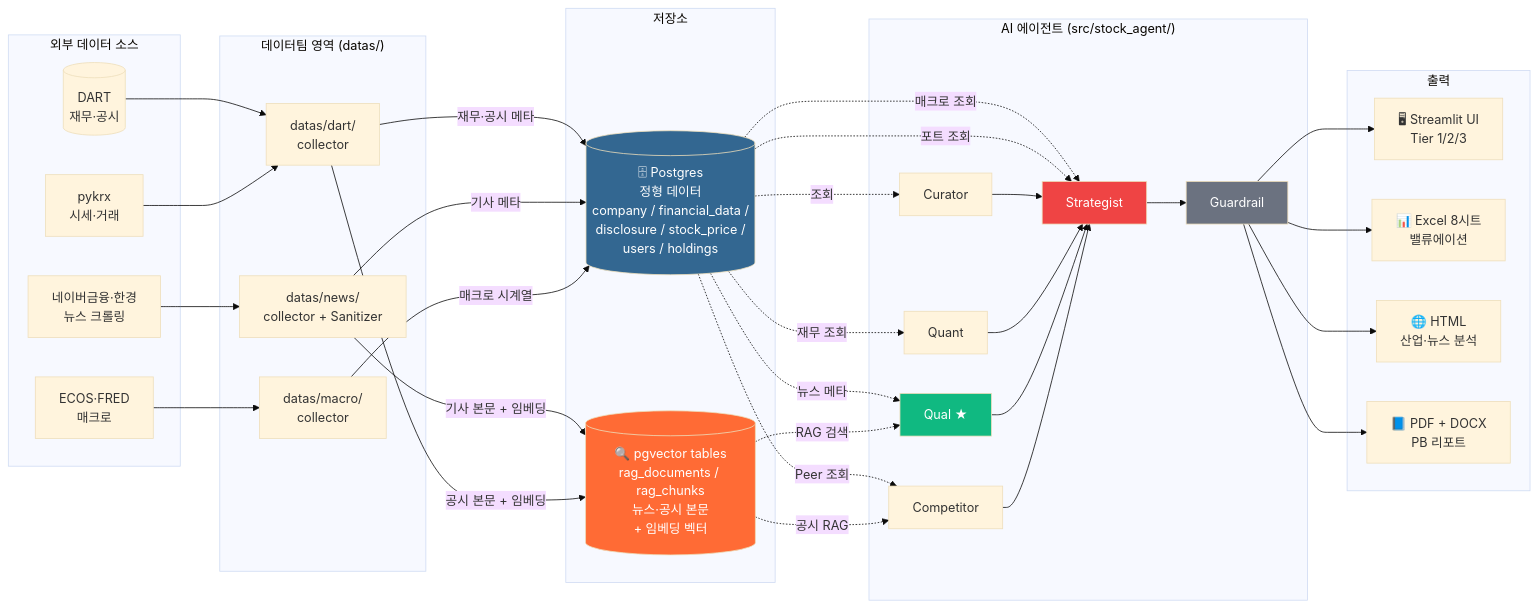
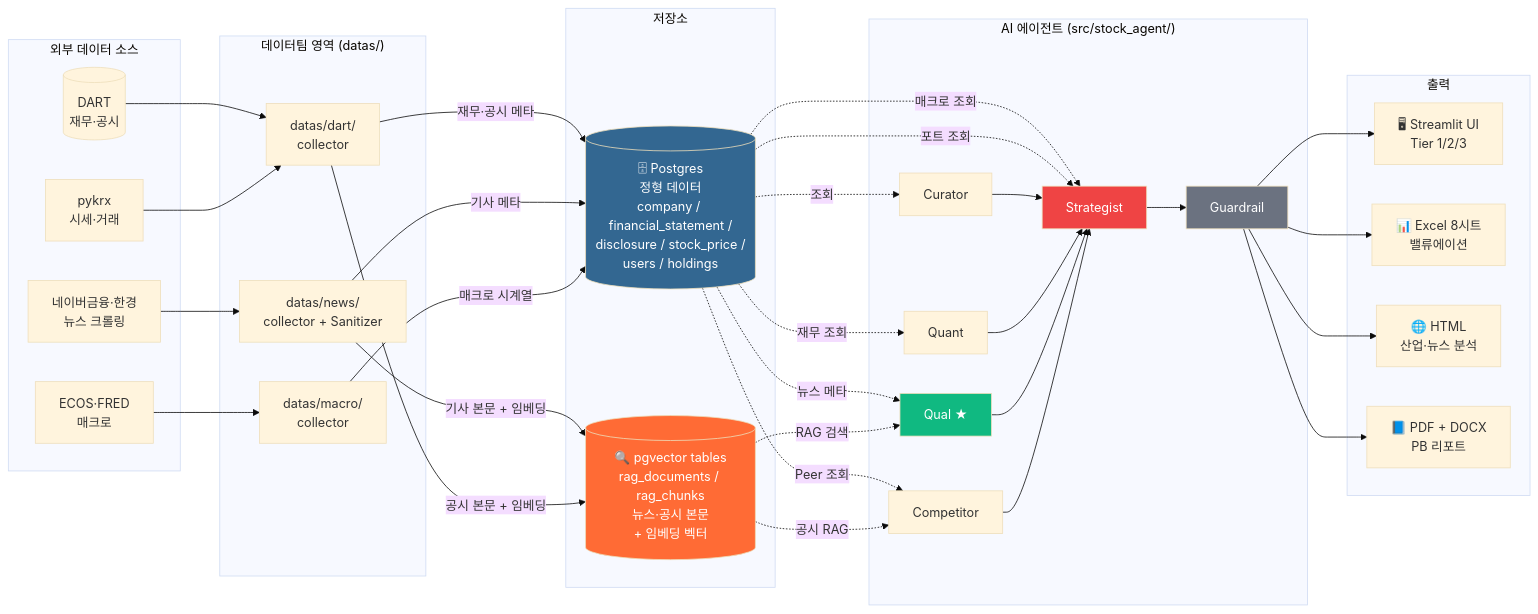
One commit to mygithub05253/stock-agent changed the third of 6 diagrams in docs/architecture/system_flow.md. Above: the diagram before and after it, drawn with Mermaid (base theme). The commit also changed other lines of this file and 12 other files, not shown here.

````diff
--- a/docs/architecture/system_flow.md
+++ b/docs/architecture/system_flow.md
@@ -125,73 +148,73 @@
 ```mermaid
 flowchart LR
     subgraph "외부 데이터 소스"
         DART[(DART<br/>재무·공시)]
         PYKRX[pykrx<br/>시세·거래]
         NAVER[네이버금융·한경<br/>뉴스 크롤링]
         ECOS[ECOS·FRED<br/>매크로]
     end
 
     subgraph "데이터팀 영역 (datas/)"
         DC[datas/dart/<br/>collector]
         PC[datas/news/<br/>collector + Sanitizer]
         MC[datas/macro/<br/>collector]
     end
 
     DART --> DC
     PYKRX --> DC
     NAVER --> PC
     ECOS --> MC
 
     subgraph "저장소"
-        PG[(🗄 Postgres<br/>정형 데이터<br/>company / financial_data /<br/>disclosure / stock_price /<br/>users / holdings)]
+        PG[(🗄 Postgres<br/>정형 데이터<br/>company / financial_statement /<br/>disclosure / stock_price /<br/>users / holdings)]
         VEC[(🔍 pgvector tables<br/>rag_documents / rag_chunks<br/>뉴스·공시 본문<br/>+ 임베딩 벡터)]
     end
 
     DC -->|재무·공시 메타| PG
     PC -->|기사 메타| PG
     PC -->|기사 본문 + 임베딩| VEC
     DC -->|공시 본문 + 임베딩| VEC
     MC -->|매크로 시계열| PG
 
     subgraph "AI 에이전트 (src/stock_agent/)"
         CUR[Curator]
         QNT[Quant]
         QAL[Qual ★]
         CMP[Competitor]
         STR[Strategist]
         GRD[Guardrail]
     end
 
     PG -.조회.-> CUR
     PG -.재무 조회.-> QNT
     PG -.뉴스 메타.-> QAL
     VEC -.RAG 검색.-> QAL
     PG -.Peer 조회.-> CMP
     VEC -.공시 RAG.-> CMP
     PG -.매크로 조회.-> STR
     PG -.포트 조회.-> STR
 
     CUR --> STR
     QNT --> STR
     QAL --> STR
     CMP --> STR
     STR --> GRD
 
     subgraph "출력"
         UI[🖥 Streamlit UI<br/>Tier 1/2/3]
         XLS[📊 Excel 8시트<br/>밸류에이션]
         HTM[🌐 HTML<br/>산업·뉴스 분석]
         PDF[📘 PDF + DOCX<br/>PB 리포트]
     end
 
     GRD --> UI
     GRD --> XLS
     GRD --> HTM
     GRD --> PDF
 
     style QAL fill:#10b981,color:#fff
     style STR fill:#ef4444,color:#fff
     style GRD fill:#6b7280,color:#fff
     style PG fill:#336791,color:#fff
     style VEC fill:#ff6b35,color:#fff
 ```
````
